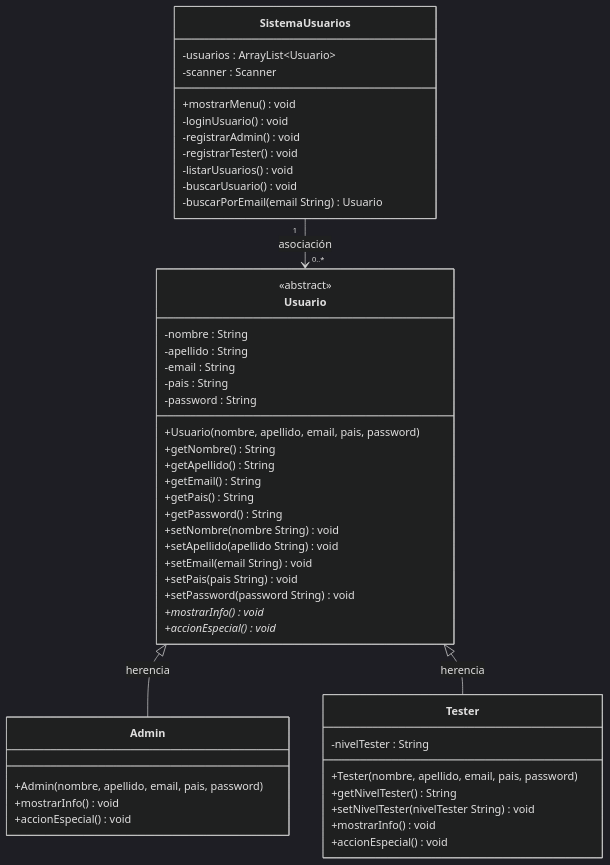
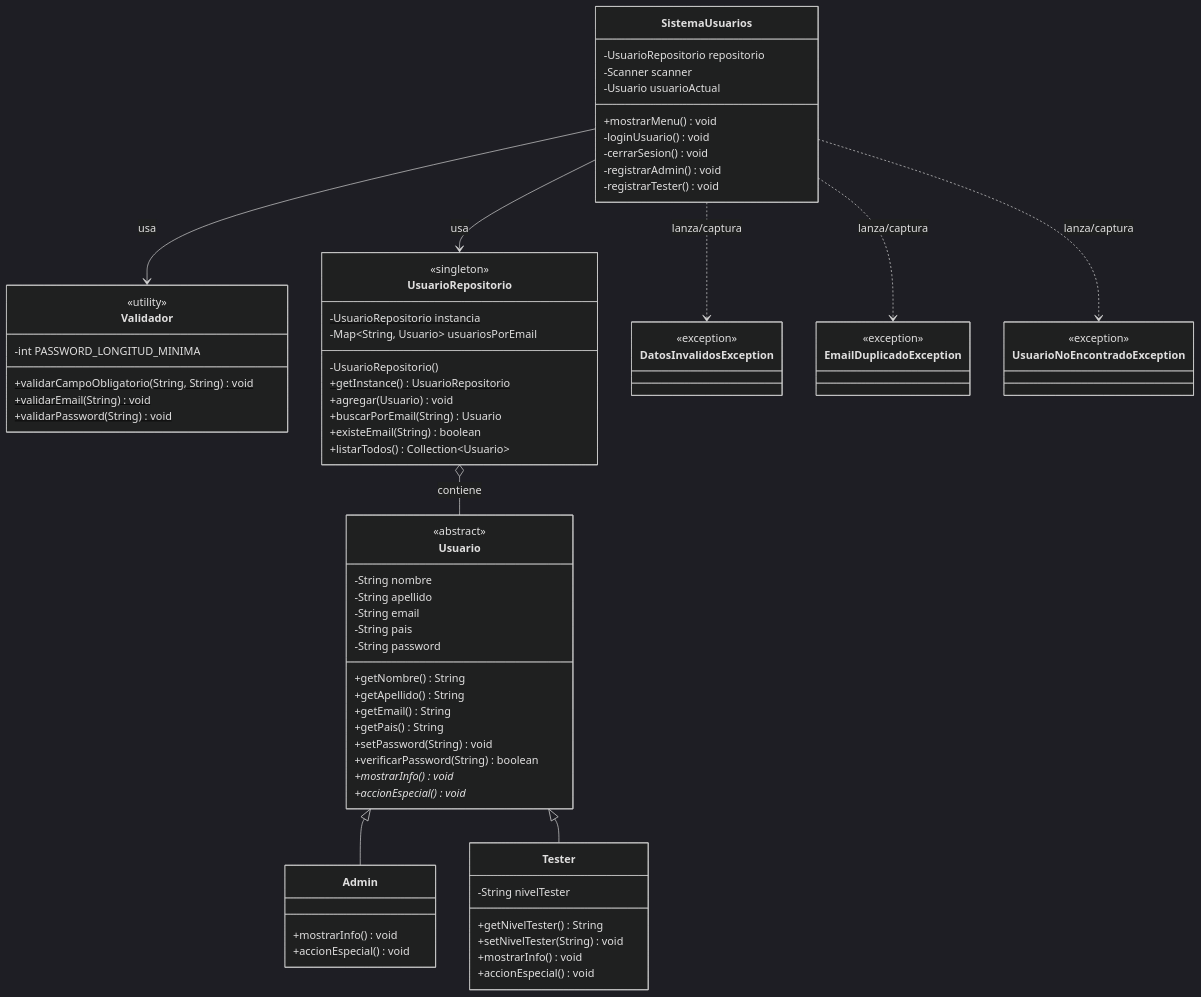
Before and after one commit to PaolaHache/ProyectoCestore: the diagram in README.md, drawn with Mermaid (dark theme).

Commit message:
README.md

````diff
--- a/README.md
+++ b/README.md
@@ -1,55 +1,82 @@
 ```mermaid
 classDiagram
     class Usuario {
-        -nombre : String
-        -apellido : String
-        -email : String
-        -pais : String
-        -password : String
-        +Usuario(nombre, apellido, email, pais, password)
+        <<abstract>>
+        -String nombre
+        -String apellido
+        -String email
+        -String pais
+        -String password
         +getNombre() String
         +getApellido() String
         +getEmail() String
         +getPais() String
-        +getPassword() String
-        +setNombre(nombre String) void
-        +setApellido(apellido String) void
-        +setEmail(email String) void
-        +setPais(pais String) void
-        +setPassword(password String) void
-        +mostrarInfo() void*
-        +accionEspecial() void*
+        +setPassword(String) void
+        +verificarPassword(String) boolean
+        +mostrarInfo()* void
+        +accionEspecial()* void
     }
-    <<abstract>> Usuario
 
     class Admin {
-        +Admin(nombre, apellido, email, pais, password)
         +mostrarInfo() void
         +accionEspecial() void
     }
 
     class Tester {
-        -nivelTester : String
-        +Tester(nombre, apellido, email, pais, password)
+        -String nivelTester
         +getNivelTester() String
-        +setNivelTester(nivelTester String) void
+        +setNivelTester(String) void
         +mostrarInfo() void
         +accionEspecial() void
     }
 
+    class Validador {
+        <<utility>>
+        -int PASSWORD_LONGITUD_MINIMA
+        +validarCampoObligatorio(String, String)$ void
+        +validarEmail(String)$ void
+        +validarPassword(String)$ void
+    }
+
+    class UsuarioRepositorio {
+        <<singleton>>
+        -UsuarioRepositorio instancia$
+        -Map~String, Usuario~ usuariosPorEmail
+        -UsuarioRepositorio()
+        +getInstance()$ UsuarioRepositorio
+        +agregar(Usuario) void
+        +buscarPorEmail(String) Usuario
+        +existeEmail(String) boolean
+        +listarTodos() Collection~Usuario~
+    }
+
     class SistemaUsuarios {
-        -usuarios : ArrayList~Usuario~
-        -scanner : Scanner
+        -UsuarioRepositorio repositorio
+        -Scanner scanner
+        -Usuario usuarioActual
         +mostrarMenu() void
         -loginUsuario() void
+        -cerrarSesion() void
         -registrarAdmin() void
         -registrarTester() void
-        -listarUsuarios() void
-        -buscarUsuario() void
-        -buscarPorEmail(email String) Usuario
     }
 
-    Usuario <|-- Admin : herencia
-    Usuario <|-- Tester : herencia
-    SistemaUsuarios "1" --> "0..*" Usuario : asociación
+    class DatosInvalidosException {
+        <<exception>>
+    }
+    class EmailDuplicadoException {
+        <<exception>>
+    }
+    class UsuarioNoEncontradoException {
+        <<exception>>
+    }
+
+    Usuario <|-- Admin
+    Usuario <|-- Tester
+    SistemaUsuarios --> UsuarioRepositorio : usa
+    SistemaUsuarios --> Validador : usa
+    UsuarioRepositorio o-- Usuario : contiene
+    SistemaUsuarios ..> DatosInvalidosException : lanza/captura
+    SistemaUsuarios ..> EmailDuplicadoException : lanza/captura
+    SistemaUsuarios ..> UsuarioNoEncontradoException : lanza/captura
 ```
````
